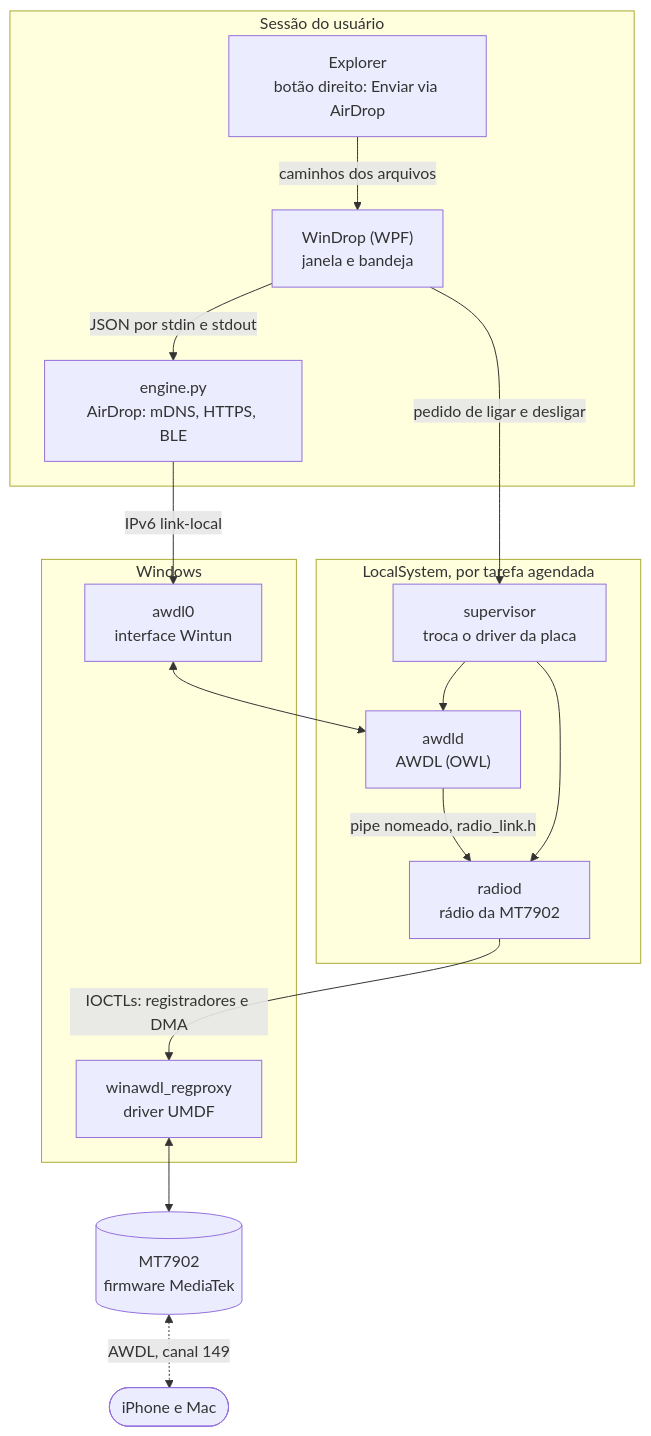
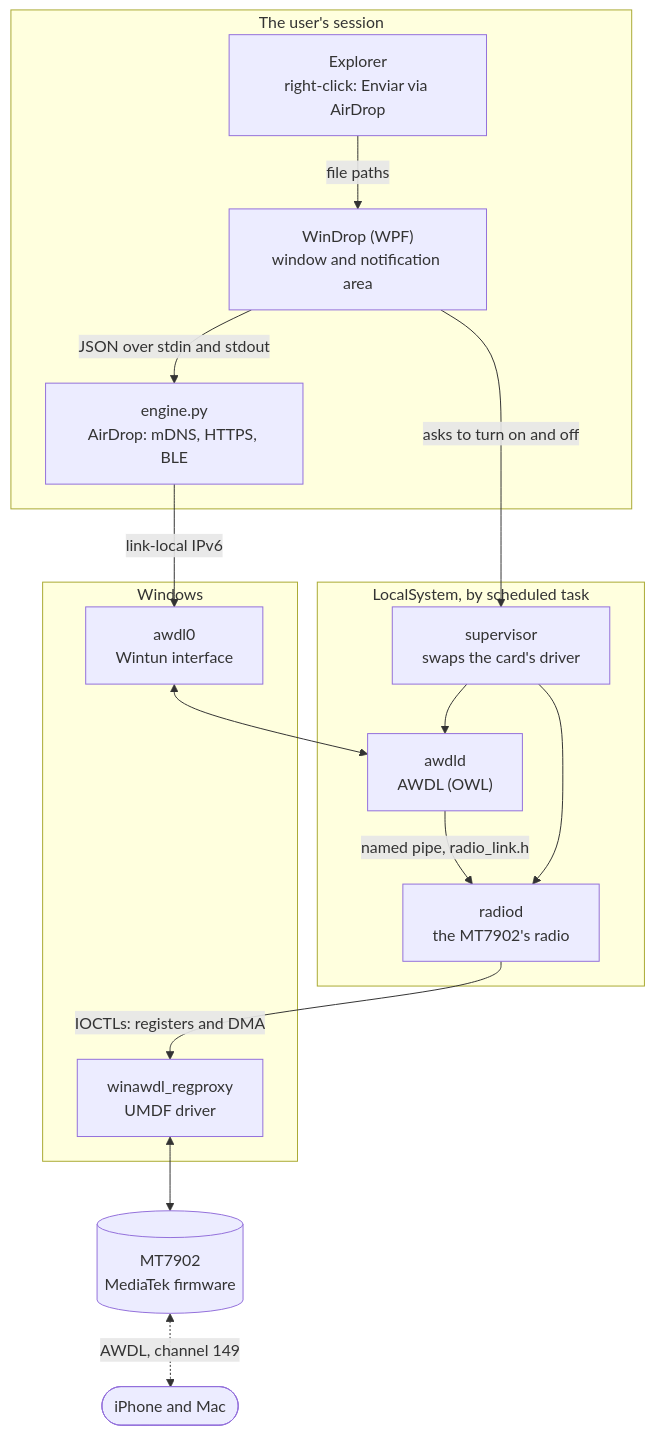
The first of 3 diagrams in README.md (matheusbgodoi/WinDrop), drawn with Mermaid before and after one commit. The commit also changed other lines of this file and 3 other files, not shown here.

````diff
--- a/README.md
+++ b/README.md
@@ -136,31 +141,31 @@
 ```mermaid
 flowchart TB
-    subgraph usuario["Sessão do usuário"]
-        explorer["Explorer<br>botão direito: Enviar via AirDrop"]
-        app["WinDrop (WPF)<br>janela e bandeja"]
+    subgraph user["The user's session"]
+        explorer["Explorer<br>right-click: Enviar via AirDrop"]
+        app["WinDrop (WPF)<br>window and notification area"]
         engine["engine.py<br>AirDrop: mDNS, HTTPS, BLE"]
     end
-    subgraph sistema["LocalSystem, por tarefa agendada"]
-        supervisor["supervisor<br>troca o driver da placa"]
+    subgraph system["LocalSystem, by scheduled task"]
+        supervisor["supervisor<br>swaps the card's driver"]
         awdld["awdld<br>AWDL (OWL)"]
-        radiod["radiod<br>rádio da MT7902"]
+        radiod["radiod<br>the MT7902's radio"]
     end
     subgraph kernel["Windows"]
-        wintun["awdl0<br>interface Wintun"]
-        regproxy["winawdl_regproxy<br>driver UMDF"]
+        wintun["awdl0<br>Wintun interface"]
+        regproxy["winawdl_regproxy<br>UMDF driver"]
     end
-    placa[("MT7902<br>firmware MediaTek")]
-    apple(["iPhone e Mac"])
+    card[("MT7902<br>MediaTek firmware")]
+    apple(["iPhone and Mac"])
 
-    explorer -- "caminhos dos arquivos" --> app
-    app -- "JSON por stdin e stdout" --> engine
-    app -- "pedido de ligar e desligar" --> supervisor
+    explorer -- "file paths" --> app
+    app -- "JSON over stdin and stdout" --> engine
+    app -- "asks to turn on and off" --> supervisor
     supervisor --> awdld
     supervisor --> radiod
-    engine -- "IPv6 link-local" --> wintun
+    engine -- "link-local IPv6" --> wintun
     wintun <--> awdld
-    awdld -- "pipe nomeado, radio_link.h" --> radiod
-    radiod -- "IOCTLs: registradores e DMA" --> regproxy
-    regproxy <--> placa
-    placa <-. "AWDL, canal 149" .-> apple
+    awdld -- "named pipe, radio_link.h" --> radiod
+    radiod -- "IOCTLs: registers and DMA" --> regproxy
+    regproxy <--> card
+    card <-. "AWDL, channel 149" .-> apple
 ```
````
